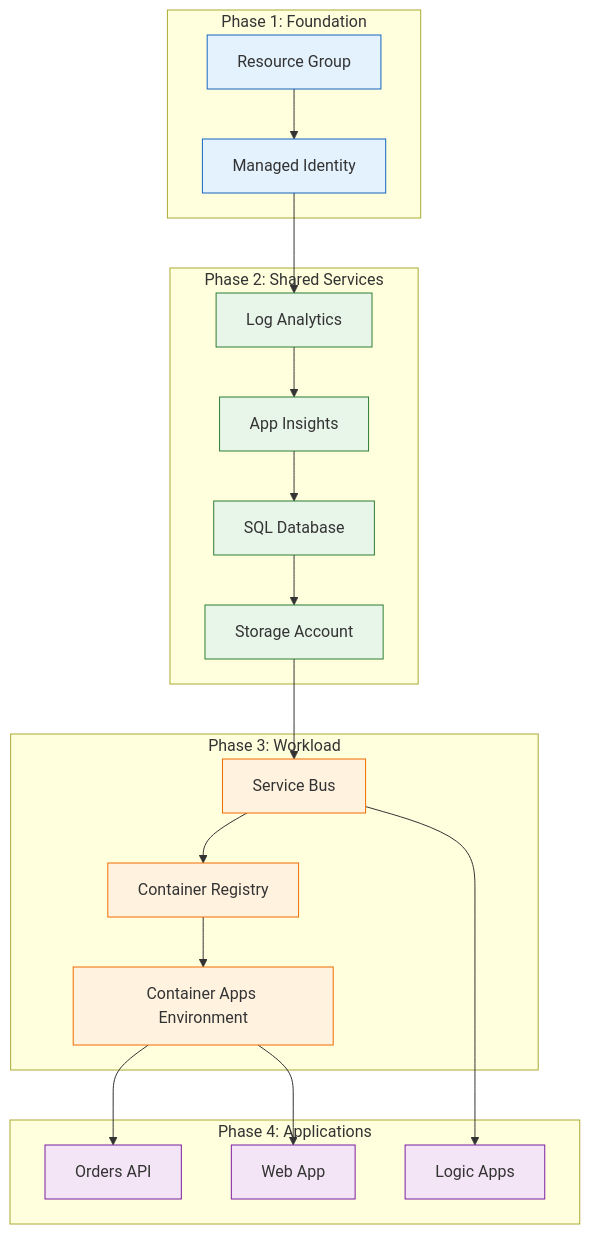
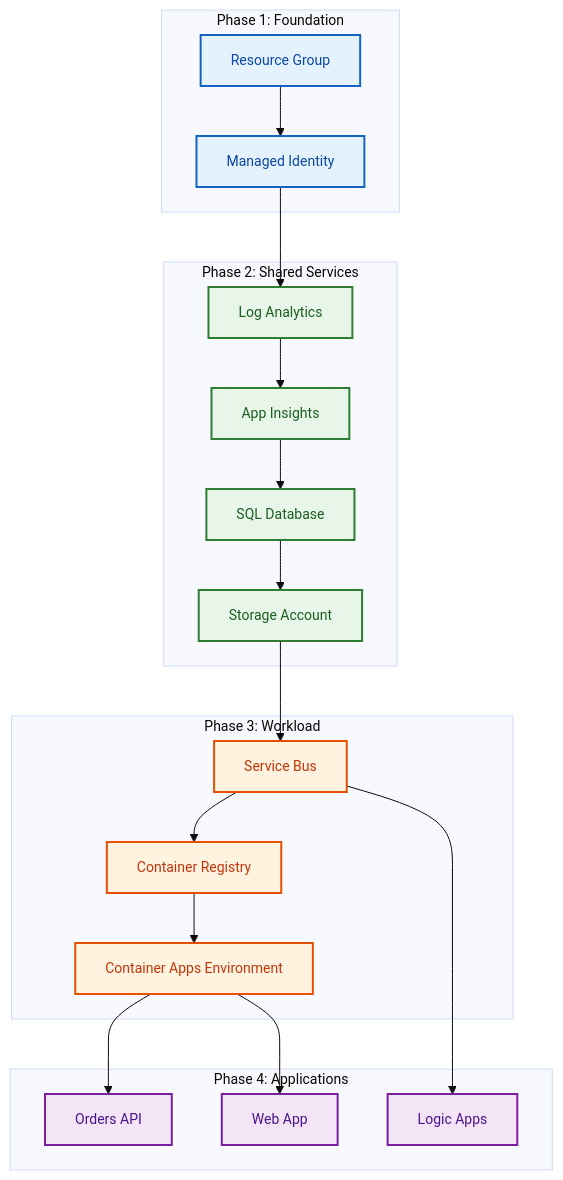
Before and after one commit to Evilazaro/Azure-LogicApps-Monitoring: the third of 4 diagrams in docs/architecture/07-deployment-architecture.md, drawn with Mermaid. The commit also changed other lines of this file, not shown here.

Commit message:
Enhance deployment architecture documentation with improved Mermaid diagram styles and accessibility features

````diff
--- a/docs/architecture/07-deployment-architecture.md
+++ b/docs/architecture/07-deployment-architecture.md
@@ -231,50 +246,52 @@
 ```mermaid
+%%{init: {'theme': 'base', 'themeVariables': { 'fontSize': '14px'}}}%%
 flowchart TB
     subgraph Phase1["Phase 1: Foundation"]
         RG["Resource Group"]
         MI["Managed Identity"]
     end
 
     subgraph Phase2["Phase 2: Shared Services"]
         LAW["Log Analytics"]
         AI["App Insights"]
         SQL["SQL Database"]
         Storage["Storage Account"]
     end
 
     subgraph Phase3["Phase 3: Workload"]
         SB["Service Bus"]
         ACR["Container Registry"]
         CAE["Container Apps Environment"]
     end
 
     subgraph Phase4["Phase 4: Applications"]
         API["Orders API"]
         Web["Web App"]
         LA["Logic Apps"]
     end
 
     RG --> MI
     MI --> LAW
     LAW --> AI
     AI --> SQL
     SQL --> Storage
 
     Storage --> SB
     SB --> ACR
     ACR --> CAE
 
     CAE --> API
     CAE --> Web
     SB --> LA
 
-    classDef phase1 fill:#e3f2fd,stroke:#1565c0
-    classDef phase2 fill:#e8f5e9,stroke:#2e7d32
-    classDef phase3 fill:#fff3e0,stroke:#ef6c00
-    classDef phase4 fill:#f3e5f5,stroke:#7b1fa2
+    %% Accessible color palette for deployment phases
+    classDef phase1 fill:#e3f2fd,stroke:#1565c0,stroke-width:2px,color:#0d47a1
+    classDef phase2 fill:#e8f5e9,stroke:#2e7d32,stroke-width:2px,color:#1b5e20
+    classDef phase3 fill:#fff3e0,stroke:#e65100,stroke-width:2px,color:#bf360c
+    classDef phase4 fill:#f3e5f5,stroke:#7b1fa2,stroke-width:2px,color:#4a148c
 
     class RG,MI phase1
     class LAW,AI,SQL,Storage phase2
     class SB,ACR,CAE phase3
     class API,Web,LA phase4
 ```
````
